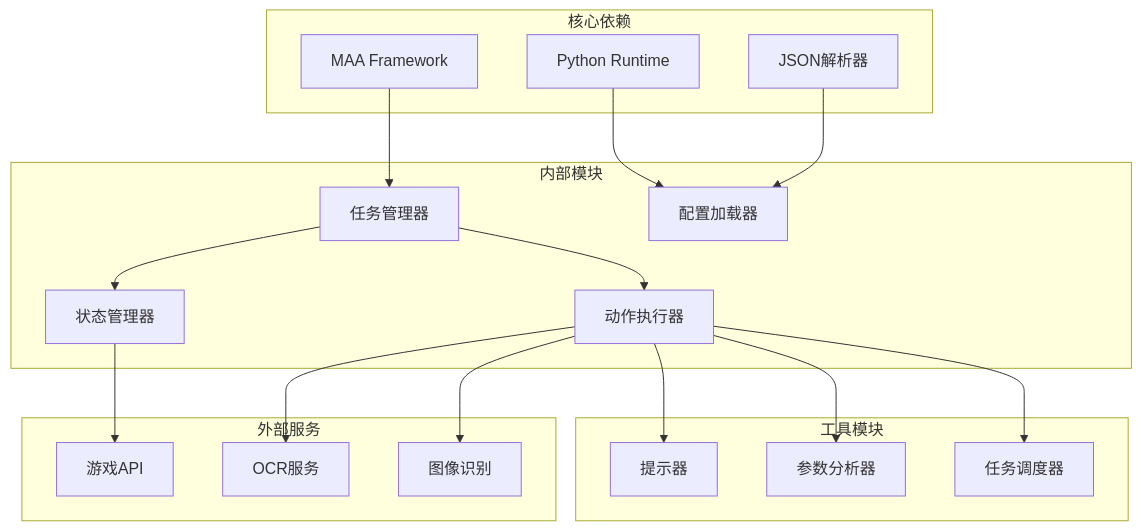
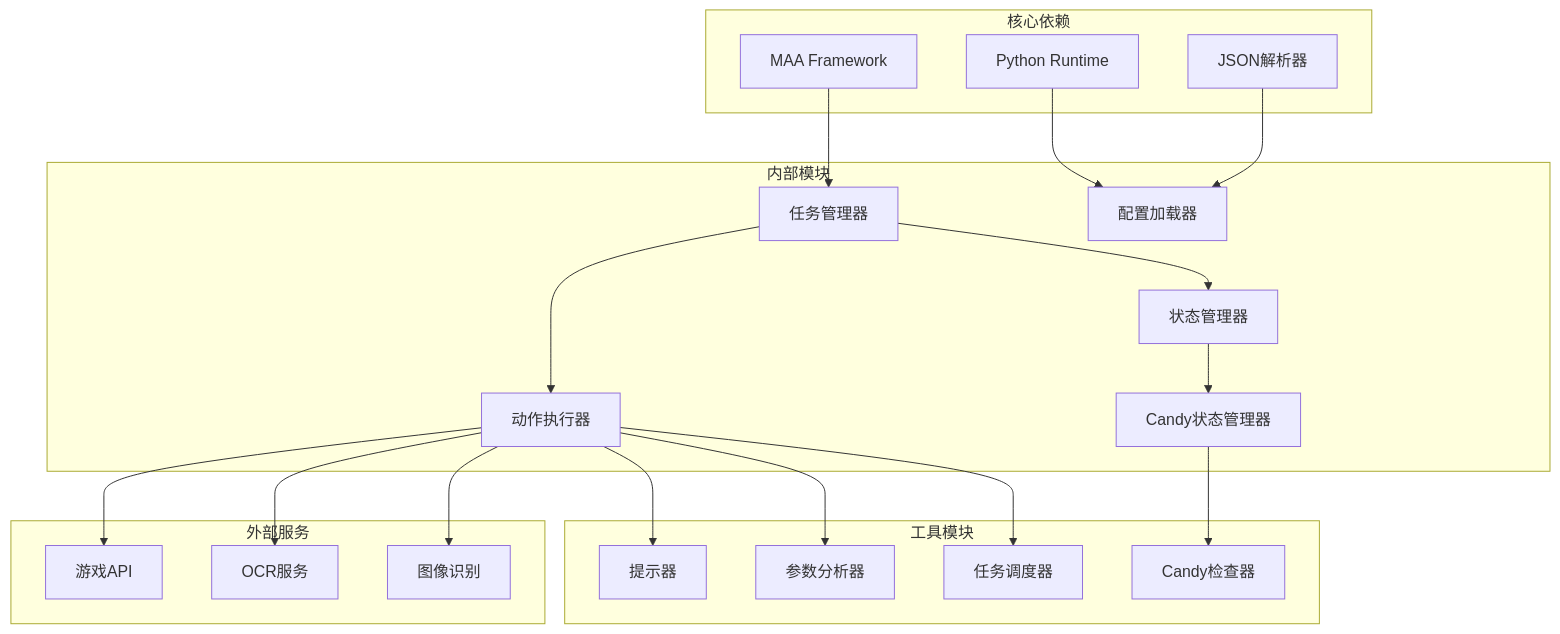
One commit to kqcoxn/MaaDuDuL changed the seventh of 9 diagrams in .qoder/repowiki/zh/content/Daily Purchase Functionality.md. Above: the diagram before and after it, drawn with Mermaid. The commit also changed other lines of this file and 9 other files, not shown here.

````diff
--- a/.qoder/repowiki/zh/content/Daily Purchase Functionality.md
+++ b/.qoder/repowiki/zh/content/Daily Purchase Functionality.md
@@ -286,35 +375,39 @@
 ```mermaid
 graph TB
 subgraph "核心依赖"
 MAAFramework[MAA Framework]
 PythonRuntime[Python Runtime]
 JSONParser[JSON解析器]
 end
 subgraph "内部模块"
 TaskManager[任务管理器]
 ConfigLoader[配置加载器]
 ActionExecutor[动作执行器]
 StateManager[状态管理器]
+CandyStateManager[Candy状态管理器]
 end
 subgraph "工具模块"
 Prompter[提示器]
 ParamAnalyzer[参数分析器]
 Tasker[任务调度器]
+CandyChecker[Candy检查器]
 end
 subgraph "外部服务"
 GameAPI[游戏API]
 OCRService[OCR服务]
 ImageRecognition[图像识别]
 end
 MAAFramework --> TaskManager
 PythonRuntime --> ConfigLoader
 JSONParser --> ConfigLoader
 TaskManager --> ActionExecutor
 TaskManager --> StateManager
 ActionExecutor --> Prompter
 ActionExecutor --> ParamAnalyzer
 ActionExecutor --> Tasker
-StateManager --> GameAPI
+StateManager --> CandyStateManager
+CandyStateManager --> CandyChecker
+ActionExecutor --> GameAPI
 ActionExecutor --> OCRService
 ActionExecutor --> ImageRecognition
 ```
````
